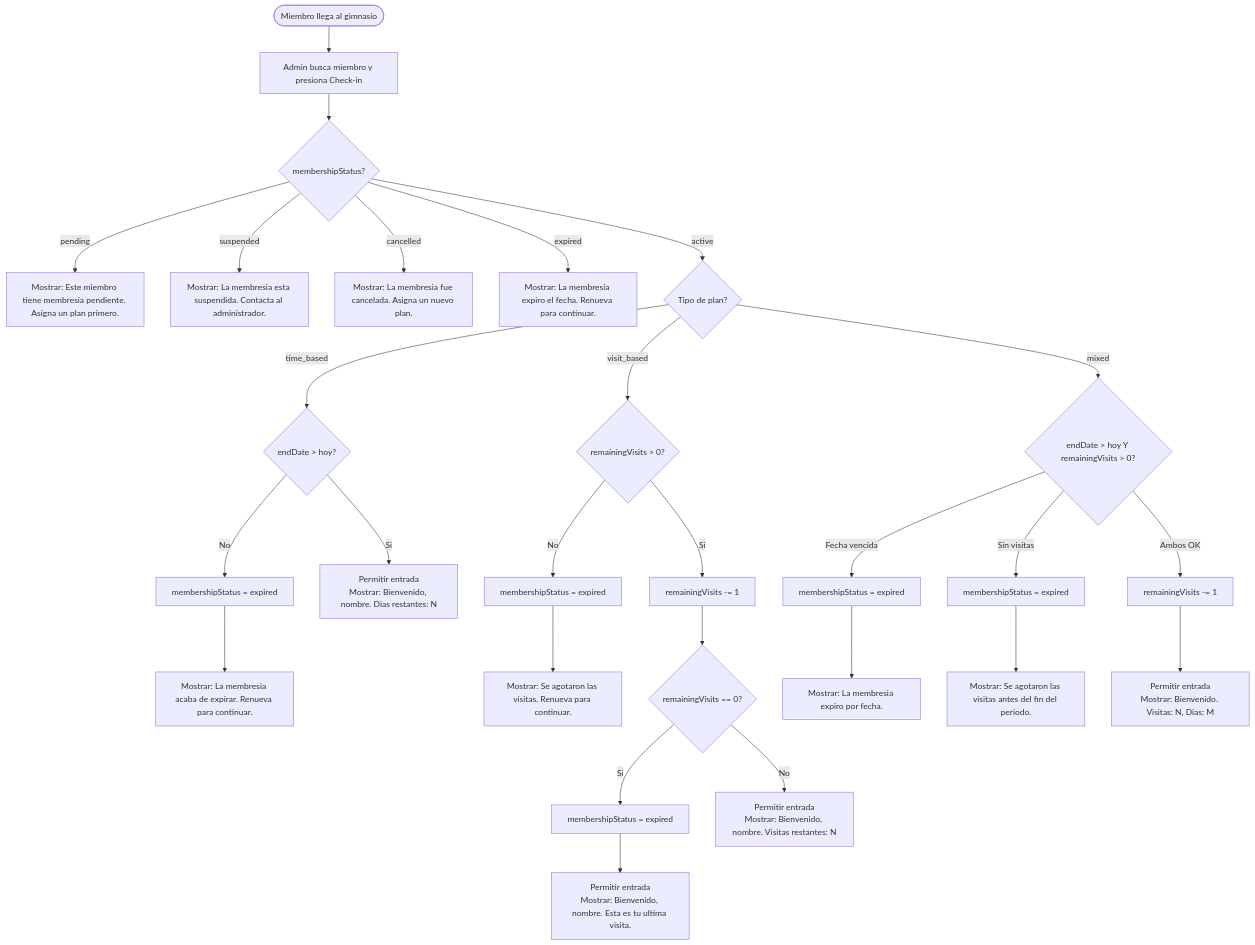
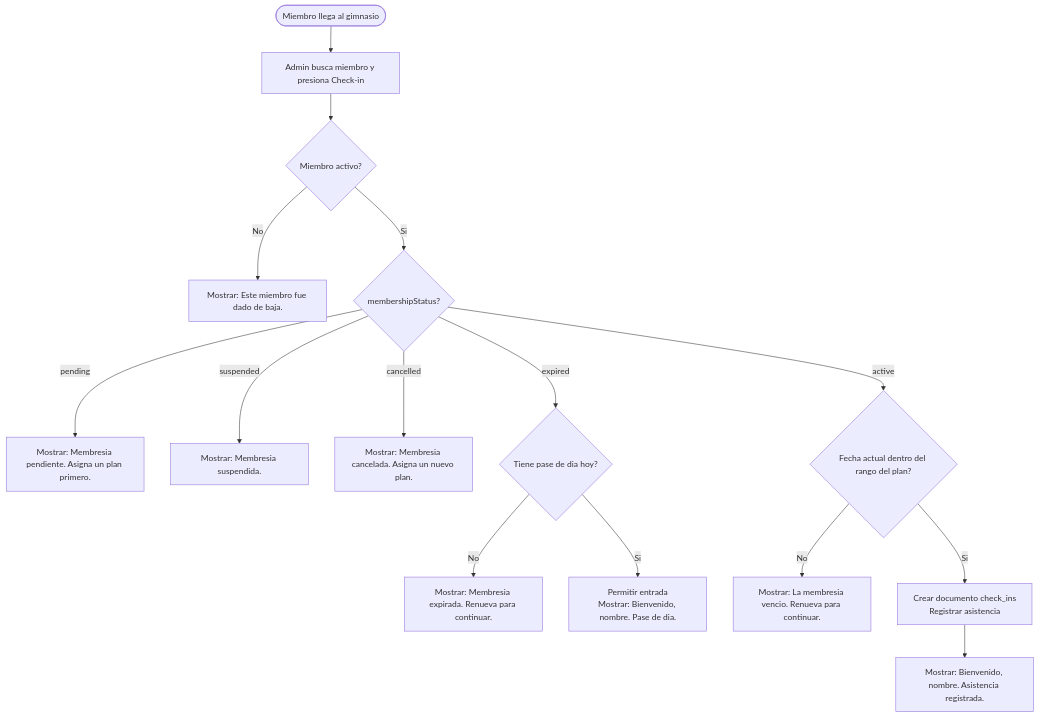
The fourth of 7 diagrams in knowledge/business-rules/07-membership-assignments.md (fsaldivar-dev/sajarubox-mcp), drawn with Mermaid before and after one commit. The commit also changed other lines of this file and 7 other files, not shown here.

````diff
--- a/knowledge/business-rules/07-membership-assignments.md
+++ b/knowledge/business-rules/07-membership-assignments.md
@@ -198,34 +226,19 @@
 ```mermaid
 flowchart TD
     Start([Miembro llega al gimnasio]) --> AdminCheckin[Admin busca miembro y presiona Check-in]
-    AdminCheckin --> CheckStatus{membershipStatus?}
+    AdminCheckin --> CheckActive{Miembro activo?}
+    CheckActive -->|No| ErrInactive["Mostrar: Este miembro fue dado de baja."]
 
-    CheckStatus -->|pending| ErrPending["Mostrar: Este miembro tiene membresia pendiente. Asigna un plan primero."]
-    CheckStatus -->|suspended| ErrSuspended["Mostrar: La membresia esta suspendida. Contacta al administrador."]
-    CheckStatus -->|cancelled| ErrCancelled["Mostrar: La membresia fue cancelada. Asigna un nuevo plan."]
-    CheckStatus -->|expired| ErrExpired["Mostrar: La membresia expiro el fecha. Renueva para continuar."]
+    CheckActive -->|Si| CheckStatus{membershipStatus?}
+    CheckStatus -->|pending| ErrPending["Mostrar: Membresia pendiente. Asigna un plan primero."]
+    CheckStatus -->|suspended| ErrSuspended["Mostrar: Membresia suspendida."]
+    CheckStatus -->|cancelled| ErrCancelled["Mostrar: Membresia cancelada. Asigna un nuevo plan."]
+    CheckStatus -->|expired| CheckDayPass{Tiene pase de dia hoy?}
+    CheckDayPass -->|No| ErrExpired["Mostrar: Membresia expirada. Renueva para continuar."]
+    CheckDayPass -->|Si| AllowDayPass["Permitir entrada\nMostrar: Bienvenido, nombre. Pase de dia."]
 
-    CheckStatus -->|active| CheckType{Tipo de plan?}
-
-    CheckType -->|time_based| CheckDate{endDate > hoy?}
-    CheckDate -->|No| MarkExpired["membershipStatus = expired"]
-    MarkExpired --> ErrExpiredNow["Mostrar: La membresia acaba de expirar. Renueva para continuar."]
-    CheckDate -->|Si| AllowEntry["Permitir entrada\nMostrar: Bienvenido, nombre. Dias restantes: N"]
-
-    CheckType -->|visit_based| CheckVisits{remainingVisits > 0?}
-    CheckVisits -->|No| MarkExpiredVisits["membershipStatus = expired"]
-    MarkExpiredVisits --> ErrNoVisits["Mostrar: Se agotaron las visitas. Renueva para continuar."]
-    CheckVisits -->|Si| DecrementVisits["remainingVisits -= 1"]
-    DecrementVisits --> CheckLastVisit{remainingVisits == 0?}
-    CheckLastVisit -->|Si| MarkExpiredAfter["membershipStatus = expired"]
-    MarkExpiredAfter --> AllowEntryLast["Permitir entrada\nMostrar: Bienvenido, nombre. Esta es tu ultima visita."]
-    CheckLastVisit -->|No| AllowEntryVisits["Permitir entrada\nMostrar: Bienvenido, nombre. Visitas restantes: N"]
-
-    CheckType -->|mixed| CheckBoth{endDate > hoy Y remainingVisits > 0?}
-    CheckBoth -->|Fecha vencida| MarkExpiredMixed["membershipStatus = expired"]
-    MarkExpiredMixed --> ErrMixedExpired["Mostrar: La membresia expiro por fecha."]
-    CheckBoth -->|Sin visitas| MarkExpiredMixedV["membershipStatus = expired"]
-    MarkExpiredMixedV --> ErrMixedVisits["Mostrar: Se agotaron las visitas antes del fin del periodo."]
-    CheckBoth -->|Ambos OK| DecrementMixed["remainingVisits -= 1"]
-    DecrementMixed --> AllowEntryMixed["Permitir entrada\nMostrar: Bienvenido. Visitas: N, Dias: M"]
+    CheckStatus -->|active| CheckDateRange{Fecha actual dentro del rango del plan?}
+    CheckDateRange -->|No| ErrDateExpired["Mostrar: La membresia vencio. Renueva para continuar."]
+    CheckDateRange -->|Si| RegisterCheckIn["Crear documento check_ins\nRegistrar asistencia"]
+    RegisterCheckIn --> ShowSuccess["Mostrar: Bienvenido, nombre. Asistencia registrada."]
 ```
````
